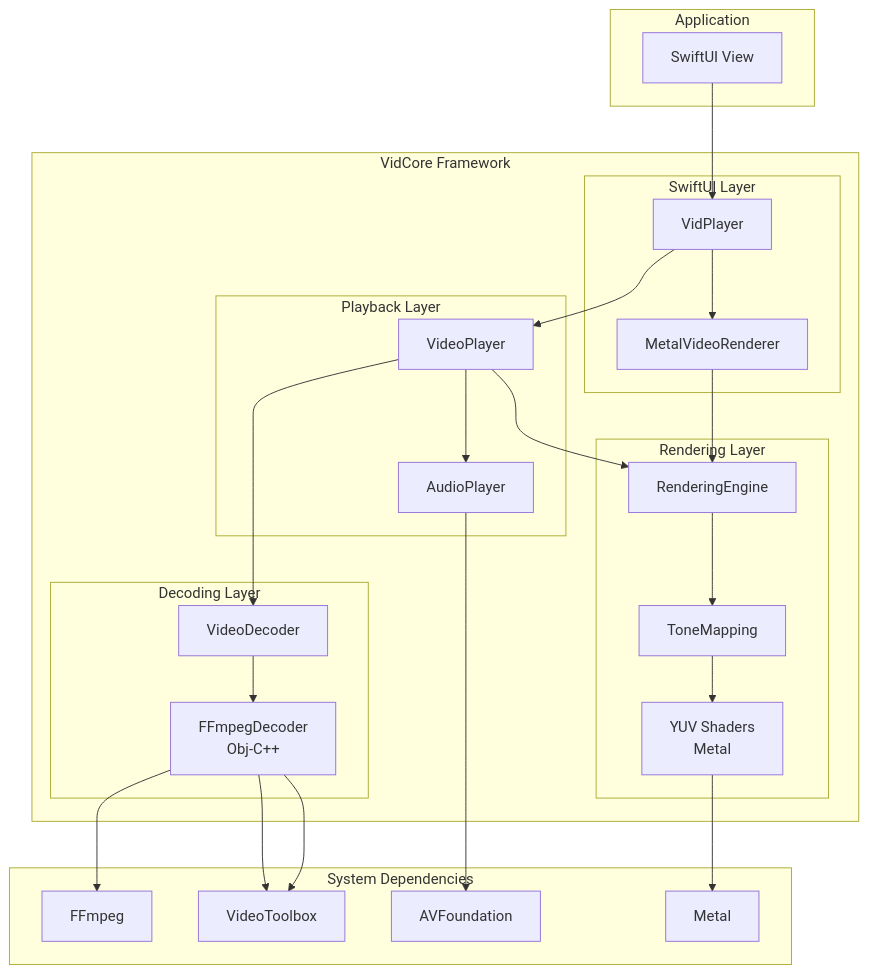
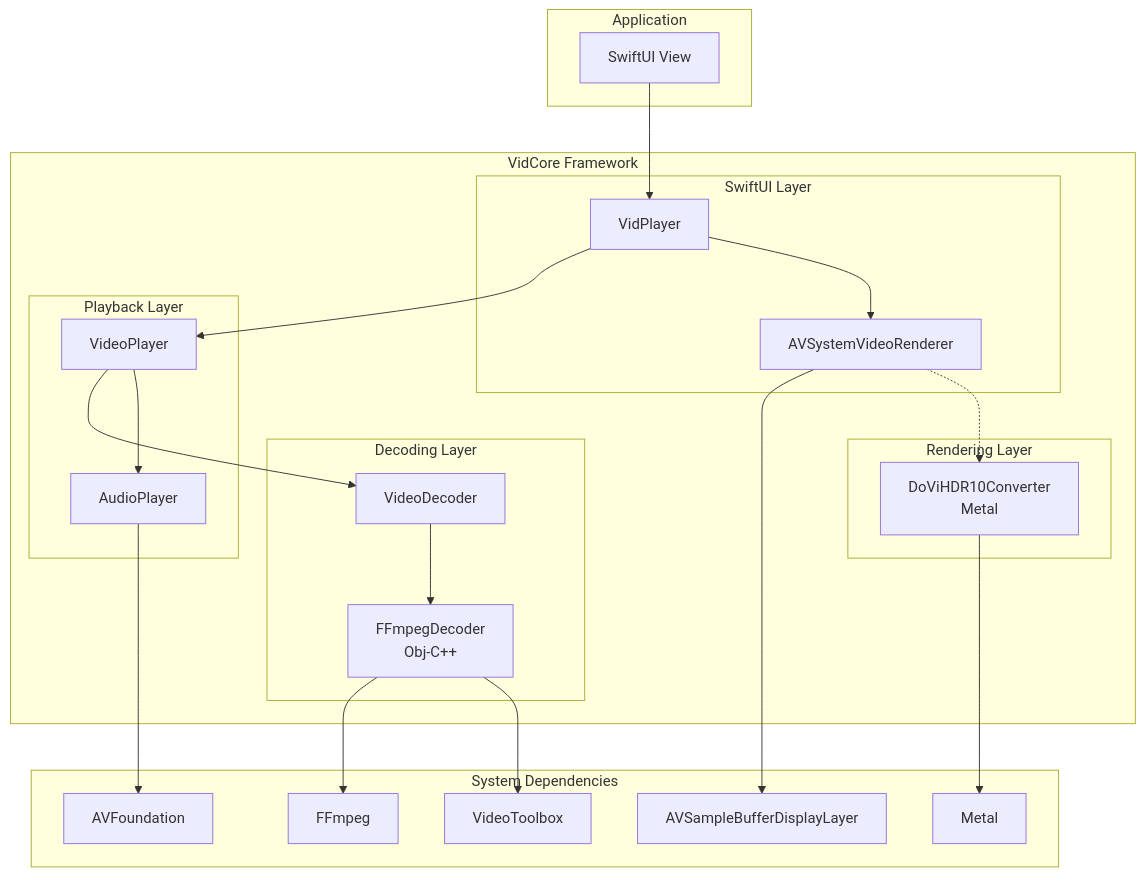
Before and after one commit to ptaru/VidCore: the diagram in README.md, drawn with Mermaid. The commit also changed other lines of this file and 17 other files, not shown here.

````diff
--- a/README.md
+++ b/README.md
@@ -662,57 +613,52 @@
 ```mermaid
 graph TD
     subgraph App [Application]
         UI[SwiftUI View]
     end
 
     subgraph VidCore [VidCore Framework]
         subgraph SwiftUI [SwiftUI Layer]
             VPV[VidPlayer]
-            MVR[MetalVideoRenderer]
+            ASVR[AVSystemVideoRenderer]
         end
 
         subgraph Playback [Playback Layer]
             VP[VideoPlayer]
             AP[AudioPlayer]
         end
 
         subgraph Decoding [Decoding Layer]
             VD[VideoDecoder]
             FD[FFmpegDecoder<br/>Obj-C++]
         end
 
         subgraph Rendering [Rendering Layer]
-            RE[RenderingEngine]
-            TM[ToneMapping]
-            YS[YUV Shaders<br/>Metal]
+            DVC[DoViHDR10Converter<br/>Metal]
         end
     end
 
     subgraph System [System Dependencies]
         FF[FFmpeg]
         VT[VideoToolbox]
         MTL[Metal]
         AV[AVFoundation]
+        ASBDL[AVSampleBufferDisplayLayer]
     end
 
     UI --> VPV
     VPV --> VP
-    VPV --> MVR
-    MVR --> RE
+    VPV --> ASVR
+    ASVR --> ASBDL
+    ASVR -.-> DVC
 
     VP --> VD
     VP --> AP
-    VP --> RE
-
+    
     VD --> FD
     FD --> FF
     FD --> VT
 
-    FD --> VT
+    AP --> AV
     
-    RE --> TM
-    TM --> YS
-    YS --> MTL
-
-    AP --> AV
+    DVC --> MTL
 ```
````
